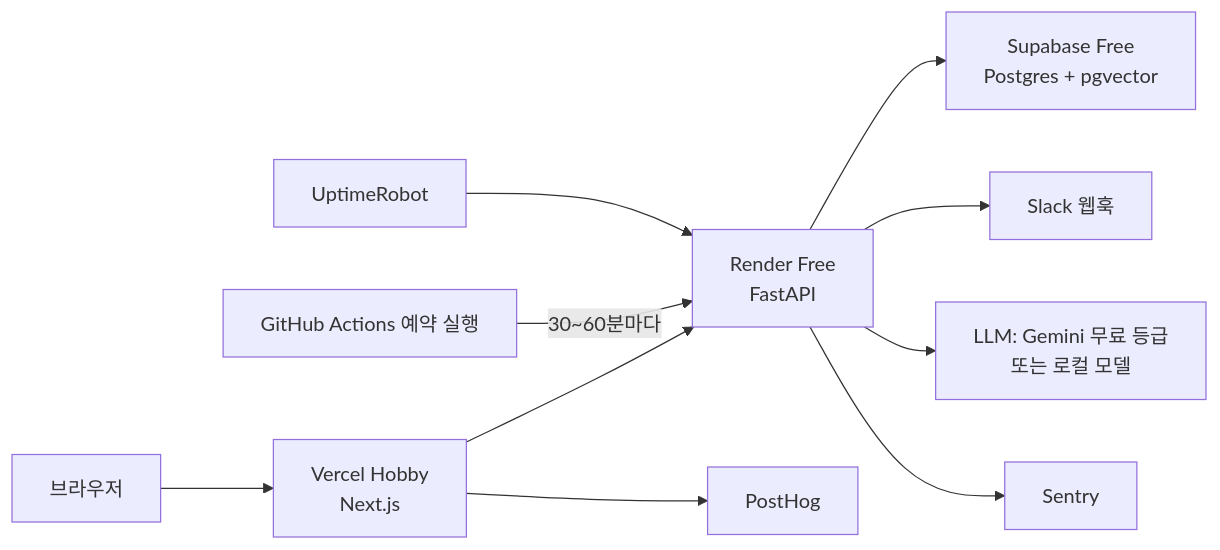
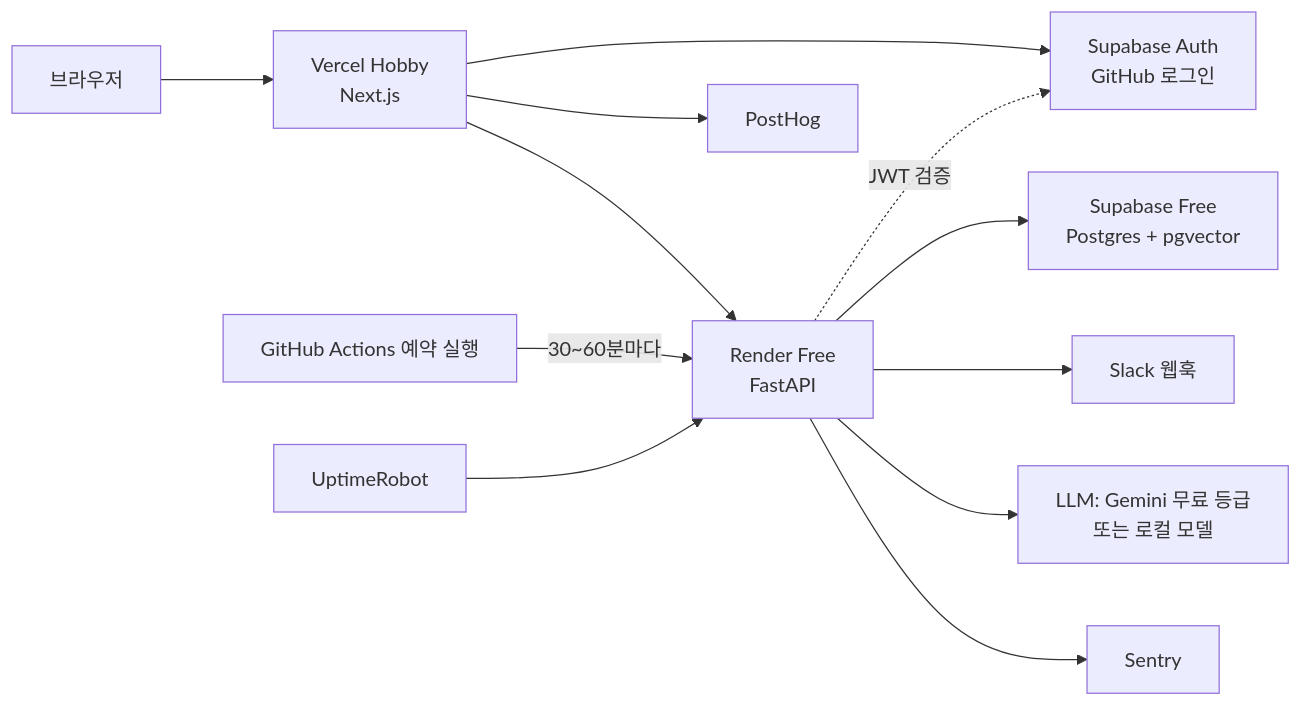
Before and after one commit to sikomar00/product-forge-with-ai: the second of 3 diagrams in docs/design.md, drawn with Mermaid. The commit also changed other lines of this file and 1 other file, not shown here.

````diff
--- a/docs/design.md
+++ b/docs/design.md
@@ -368,12 +371,14 @@
 ```mermaid
 flowchart LR
   U["브라우저"] --> V["Vercel Hobby<br/>Next.js"]
+  V --> A["Supabase Auth<br/>GitHub 로그인"]
   V --> R["Render Free<br/>FastAPI"]
+  R -.->|"JWT 검증"| A
   R --> S["Supabase Free<br/>Postgres + pgvector"]
   G["GitHub Actions 예약 실행"] -->|"30~60분마다"| R
   R --> SL["Slack 웹훅"]
   R --> L["LLM: Gemini 무료 등급<br/>또는 로컬 모델"]
   V --> PH["PostHog"]
   R --> SE["Sentry"]
   UR["UptimeRobot"] --> R
 ```
````
